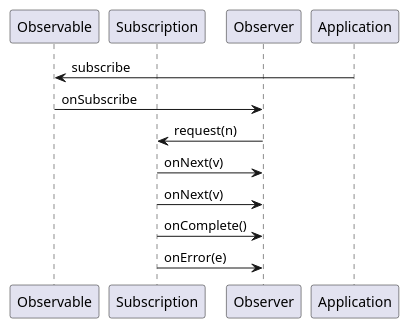
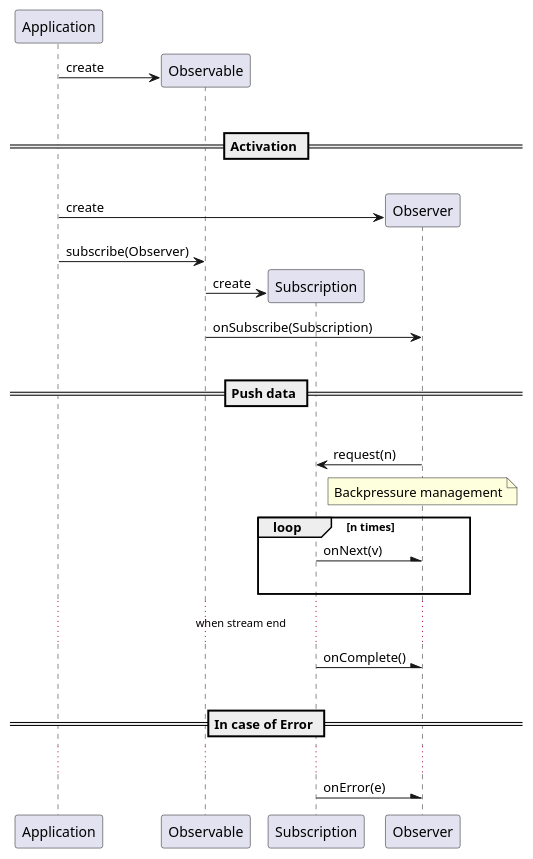
Before and after one commit to bsorrentino/rxjs-samples: the diagram in doc/reactive.puml, drawn with PlantUML.

Commit message:
update sequence diagram

```diff
--- a/doc/reactive.puml
+++ b/doc/reactive.puml
@@ -1,15 +1,35 @@
 @startuml
+participant Application
 participant Observable
 participant Subscription
 participant Observer
-participant Application
 
-
-Application -> Observable : subscribe
-Observable -> Observer : onSubscribe
+create Observable
+Application -> Observable : create
+|||
+== Activation ==
+|||
+create Observer
+Application -> Observer : create
+Application -> Observable :  subscribe(Observer)
+create Subscription
+Observable -> Subscription : create
+Observable -> Observer :  onSubscribe(Subscription)
+|||
+== Push data ==
+|||
 Observer -> Subscription : request(n)
-Subscription -> Observer : onNext(v)
-Subscription -> Observer : onNext(v)
-Subscription -> Observer : onComplete()
-Subscription -> Observer : onError(e)
+note over Observer
+ Backpressure management
+end note
+loop n times
+  Subscription -\ Observer : onNext(v)
+  |||
+end
+... when stream end ...
+Subscription -\ Observer : onComplete()
+|||
+== In case of Error ==
+...
+Subscription -\ Observer : onError(e)
 @enduml
```
